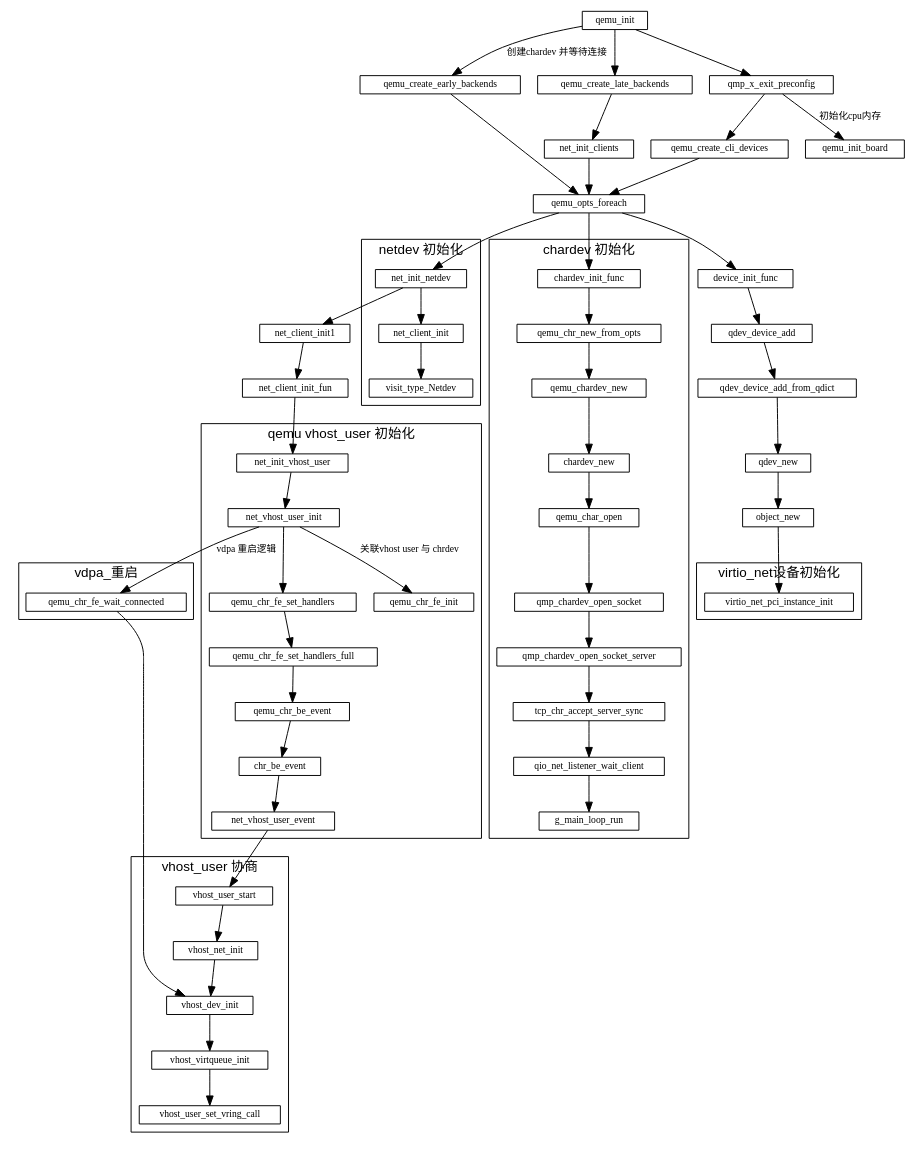
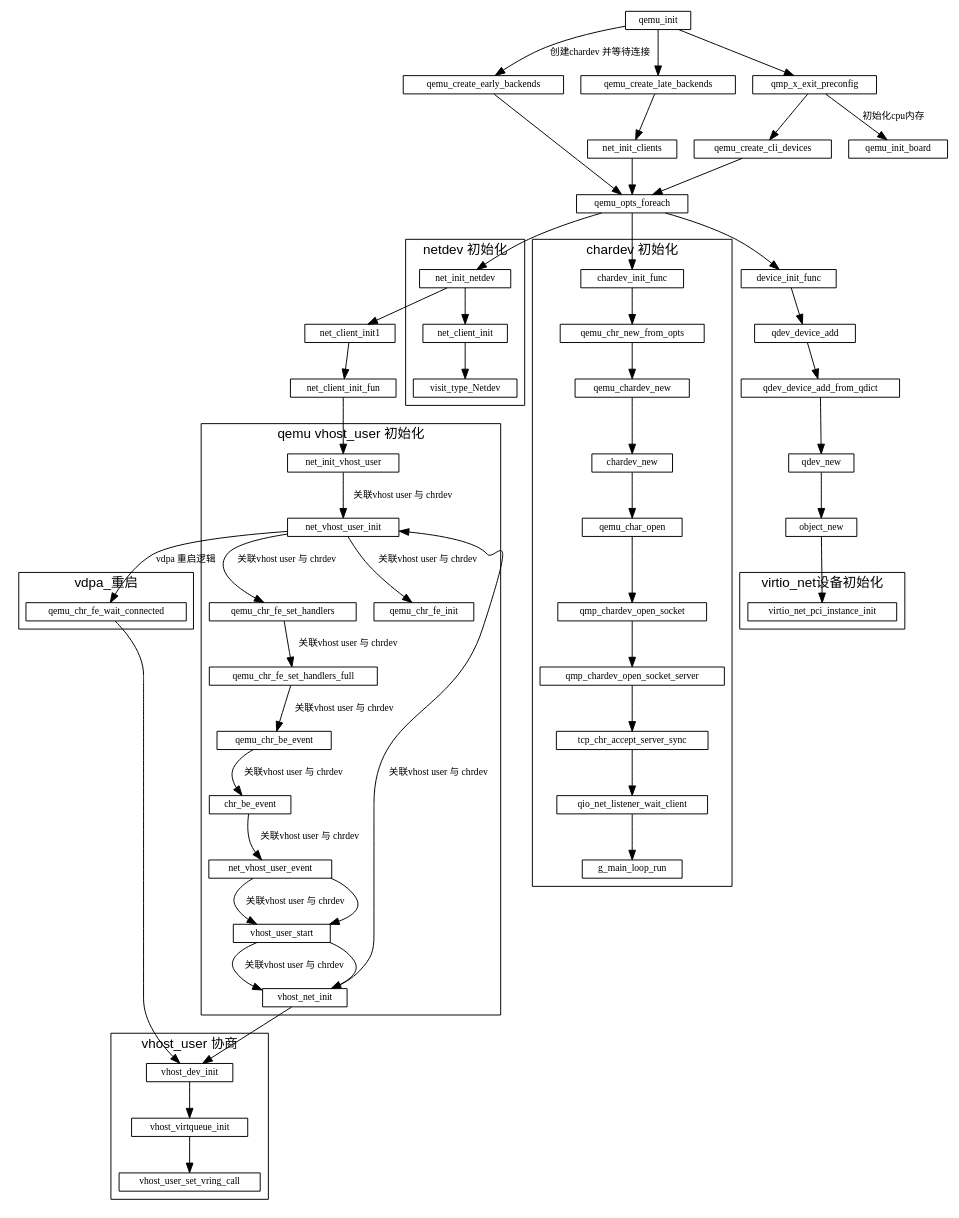
The diagram in qemu/qemu初始化.md (sisyphus1212/note), drawn with Graphviz before and after one commit.

Commit message:
auto_update

```diff
--- a/qemu/qemu初始化.md
+++ b/qemu/qemu初始化.md
@@ -55,6 +55,9 @@
                             -> qemu_chr_be_event
                             -> chr_be_event
                             -> net_vhost_user_event
+                            -> vhost_user_start
+                            -> vhost_net_init
+                            ->
 
 
         net_vhost_user_init -> qemu_chr_fe_init[label="关联vhost user 与 chrdev"]
```
